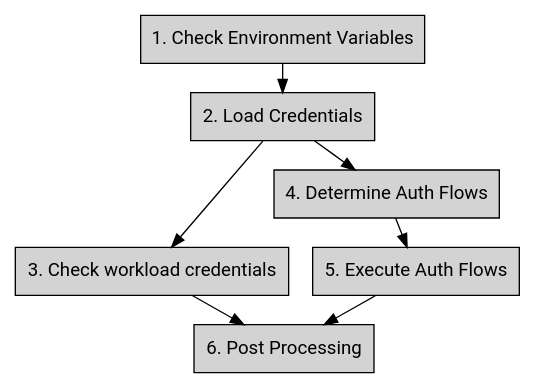
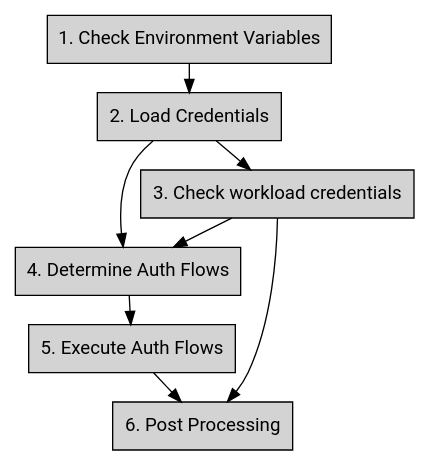
One commit to aip-dev/google.aip.dev changed the diagram in aip/auth/4110.md. Above: the diagram before and after it, drawn with Graphviz. The commit also changed other lines of this file, not shown here.

````diff
--- a/aip/auth/4110.md
+++ b/aip/auth/4110.md
@@ -103,18 +103,18 @@
 ```graphviz
 digraph d_front_back {
   rankdir=TB;
   ranksep=0.3;
   node [ style="filled,solid" shape=box fontname="Roboto" ];
 
   check_env_var [ label="1. Check Environment Variables" ];
   load_credentials [ label="2. Load Credentials" ];
   check_metadata [ label="3. Check workload credentials" ];
   auth_flows [ label="4. Determine Auth Flows" ];
   execute [ label="5. Execute Auth Flows" ];
   post_processing [ label="6. Post Processing" ];
 
-  check_env_var -> load_credentials -> check_metadata;
-  load_credentials -> auth_flows -> execute -> post_processing;
+  check_env_var -> load_credentials -> check_metadata -> auth_flows -> execute -> post_processing;
+  load_credentials -> auth_flows;
   check_metadata -> post_processing;
 }
 ```
````
